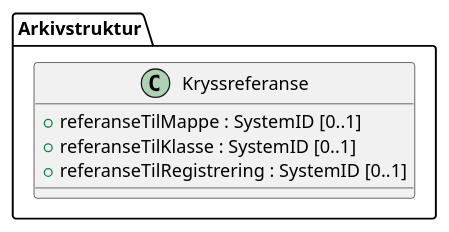
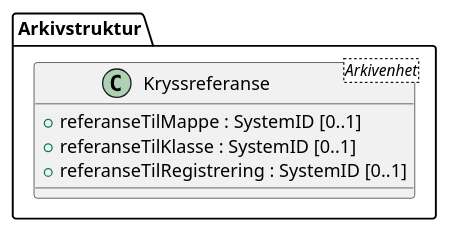
The diagram in kapitler/media/uml-class-kryssreferanse.iuml (arkivverket/noark5-tjenestegrensesnitt-standard), drawn with PlantUML before and after one commit. The commit also changed 1 other file, not shown here.

Commit message:
La Kryssreferanse arve fra Arkivenhet.
Dette sikrer at den får en SystemID-verdi som kan brukes i "self"-URLer,
og sikrer at det tas vare på hvem som opprettet og endret en
kryssreferanse, samt når det ble gjort.

Fixes #151

```diff
--- a/kapitler/media/uml-class-kryssreferanse.iuml
+++ b/kapitler/media/uml-class-kryssreferanse.iuml
@@ -1,7 +1,7 @@
 @startuml
-class Arkivstruktur.Kryssreferanse {
+class Arkivstruktur.Kryssreferanse <Arkivenhet> {
   +referanseTilMappe : SystemID [0..1]
   +referanseTilKlasse : SystemID [0..1]
   +referanseTilRegistrering : SystemID [0..1]
 }
 @enduml
```
